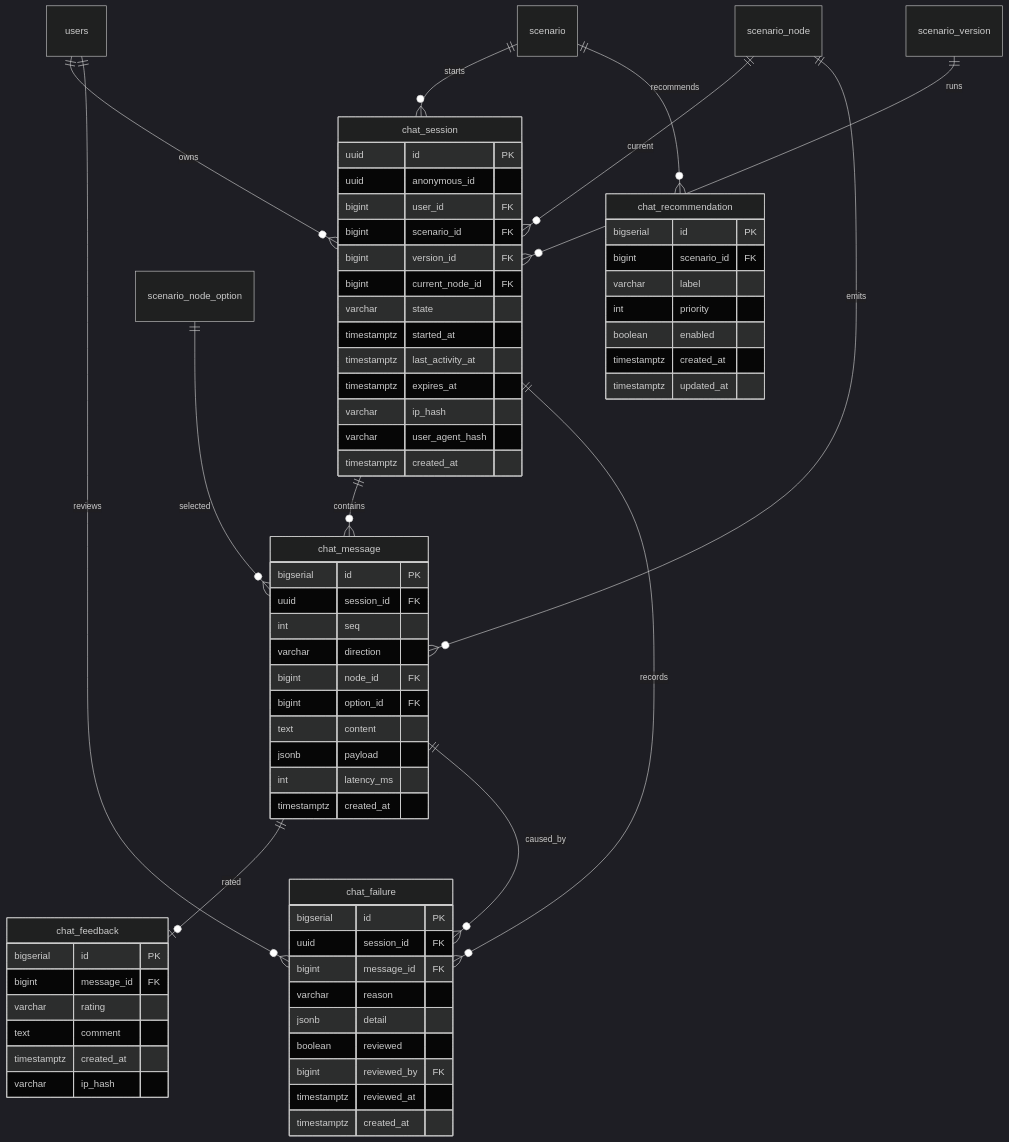
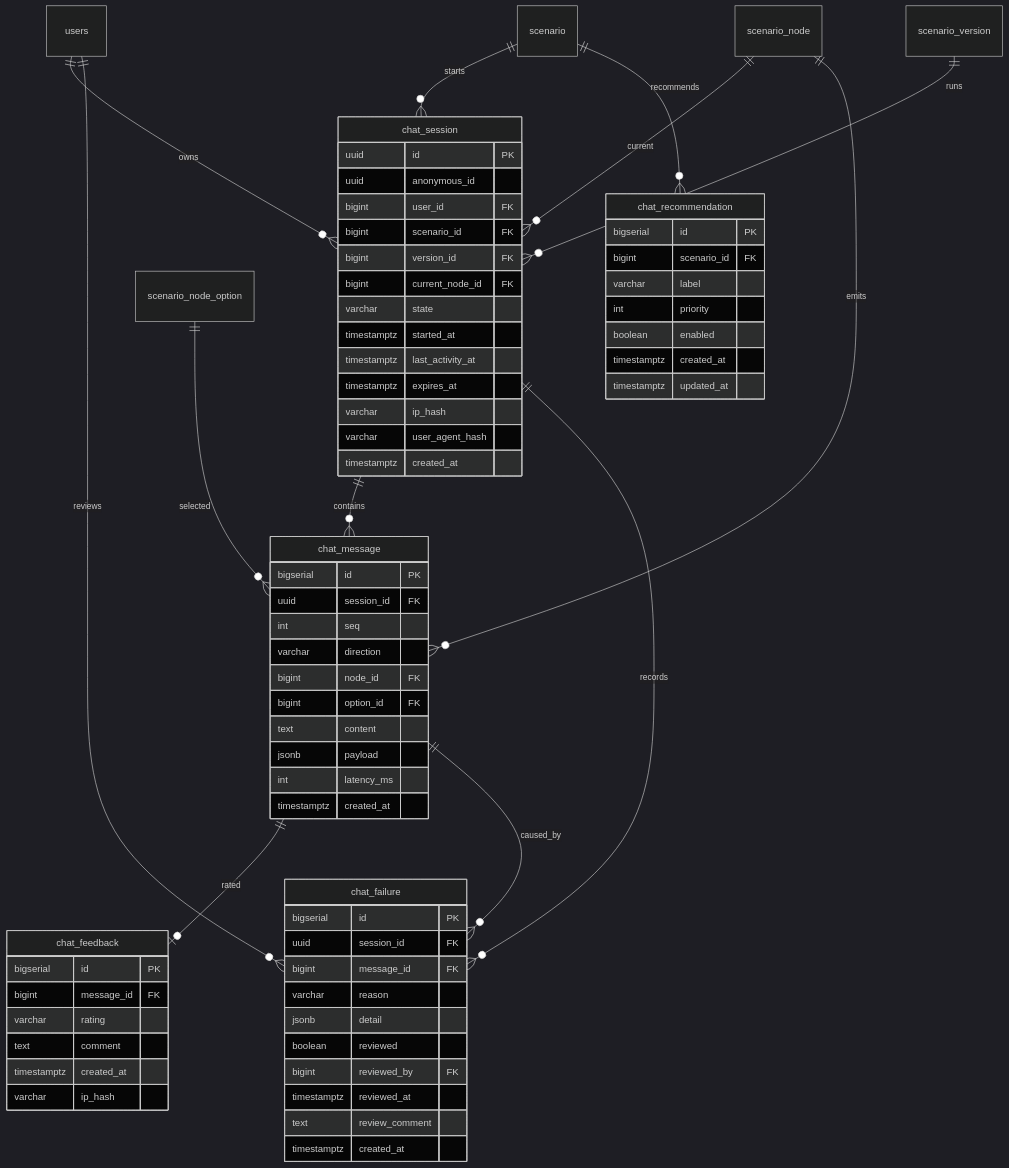
Before and after one commit to k2min1984/CleverChat: the diagram in 2.설계/02.DB설계서/M3_챗봇런타임ERD.md, drawn with Mermaid (dark theme). The commit also changed other lines of this file and 17 other files, not shown here.

````diff
--- a/2.설계/02.DB설계서/M3_챗봇런타임ERD.md
+++ b/2.설계/02.DB설계서/M3_챗봇런타임ERD.md
@@ -22,71 +22,72 @@
 ```mermaid
 erDiagram
     users ||--o{ chat_session : owns
     users ||--o{ chat_failure : reviews
     scenario ||--o{ chat_session : starts
     scenario_version ||--o{ chat_session : runs
     scenario_node ||--o{ chat_session : current
     scenario_node ||--o{ chat_message : emits
     scenario_node_option ||--o{ chat_message : selected
     chat_session ||--o{ chat_message : contains
     chat_message ||--o| chat_feedback : rated
     chat_session ||--o{ chat_failure : records
     chat_message ||--o{ chat_failure : caused_by
     scenario ||--o{ chat_recommendation : recommends
 
     chat_session {
         uuid id PK
         uuid anonymous_id
         bigint user_id FK
         bigint scenario_id FK
         bigint version_id FK
         bigint current_node_id FK
         varchar state
         timestamptz started_at
         timestamptz last_activity_at
         timestamptz expires_at
         varchar ip_hash
         varchar user_agent_hash
         timestamptz created_at
     }
     chat_message {
         bigserial id PK
         uuid session_id FK
         int seq
         varchar direction
         bigint node_id FK
         bigint option_id FK
         text content
         jsonb payload
         int latency_ms
         timestamptz created_at
     }
     chat_feedback {
         bigserial id PK
         bigint message_id FK
         varchar rating
         text comment
         timestamptz created_at
         varchar ip_hash
     }
     chat_failure {
         bigserial id PK
         uuid session_id FK
         bigint message_id FK
         varchar reason
         jsonb detail
         boolean reviewed
         bigint reviewed_by FK
         timestamptz reviewed_at
+        text review_comment
         timestamptz created_at
     }
     chat_recommendation {
         bigserial id PK
         bigint scenario_id FK
         varchar label
         int priority
         boolean enabled
         timestamptz created_at
         timestamptz updated_at
     }
 ```
````
